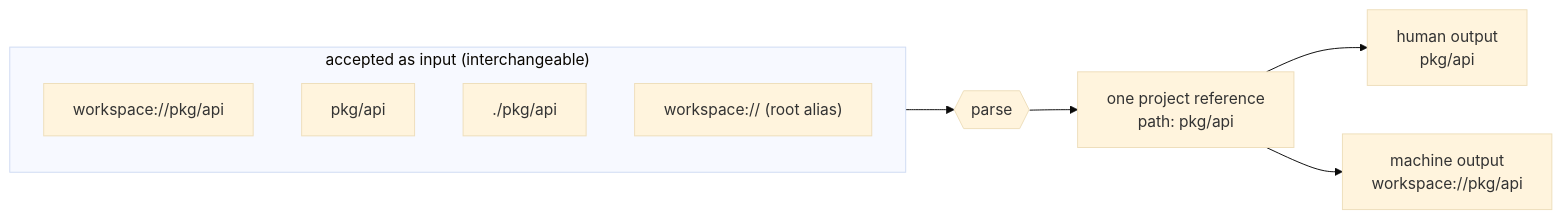
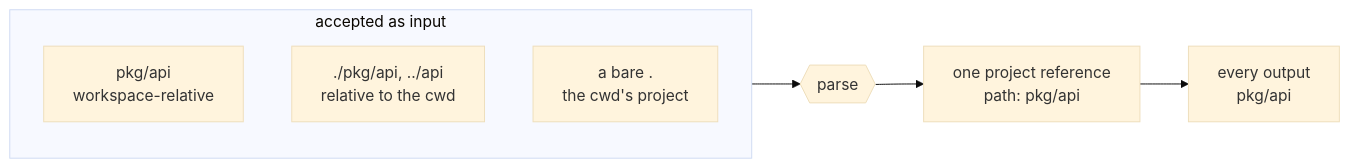
One commit to egladman/magus changed the diagram in docs/guides/integrations/agents.md. Above: the diagram before and after it, drawn with Mermaid (base theme). The commit also changed other lines of this file and 15 other files, not shown here.

Commit message:
retire the workspace scheme; re-anchor --root project refs

````diff
--- a/docs/guides/integrations/agents.md
+++ b/docs/guides/integrations/agents.md
@@ -92,13 +93,11 @@
 ```mermaid
 flowchart LR
-  subgraph IN["accepted as input (interchangeable)"]
-    A["workspace://pkg/api"]
-    B["pkg/api"]
-    C["./pkg/api"]
-    D["workspace:// (root alias)"]
+  subgraph IN["accepted as input"]
+    B["pkg/api<br/>workspace-relative"]
+    C["./pkg/api, ../api<br/>relative to the cwd"]
+    E["a bare .<br/>the cwd's project"]
   end
   IN --> P{{"parse"}}
   P --> R["one project reference<br/>path: pkg/api"]
-  R --> H["human output<br/>pkg/api"]
-  R --> M["machine output<br/>workspace://pkg/api"]
+  R --> H["every output<br/>pkg/api"]
 ```
````
